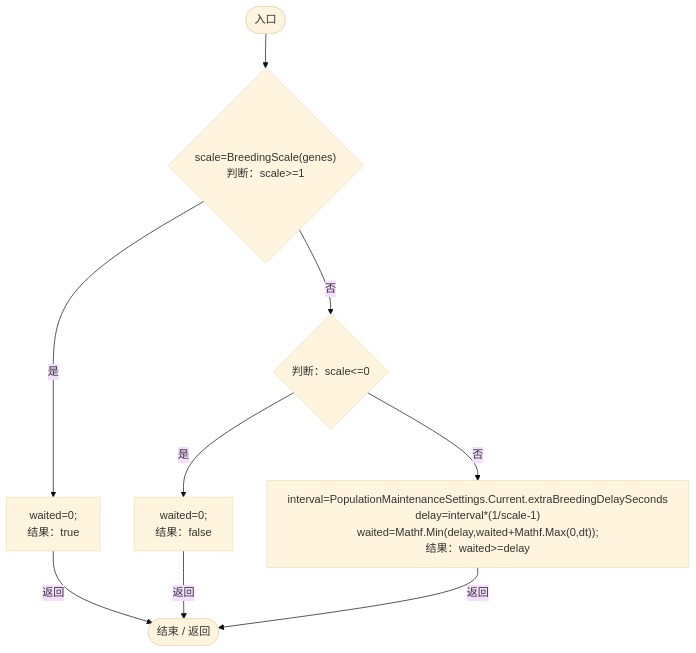
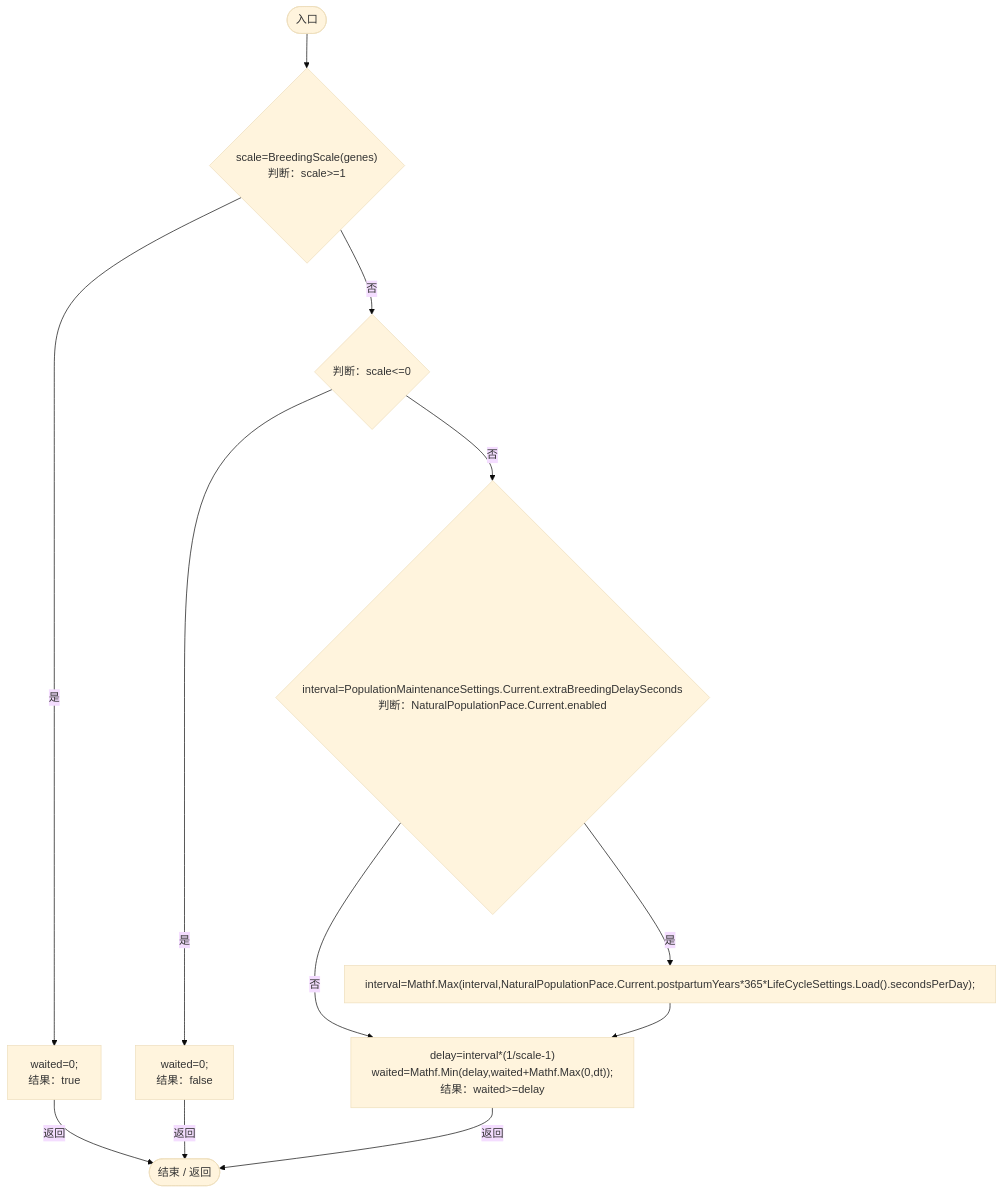
Before and after one commit to xhs6666/Darwin_paradise: diagram 24 of 36 in Docs/运行流程图/脚本/923ccc4e86c4786c.md, drawn with Mermaid (base theme). The commit also changed other lines of this file and 229 other files, not shown here.

````diff
--- a/Docs/运行流程图/脚本/923ccc4e86c4786c.md
+++ b/Docs/运行流程图/脚本/923ccc4e86c4786c.md
@@ -1087,19 +1087,24 @@
 ```mermaid
 flowchart TD
   b0(["入口"])
   b1{"scale=BreedingScale(genes)<br/>判断：scale&gt;=1"}
   b2["waited=0;<br/>结果：true"]
   b3{"判断：scale&lt;=0"}
   b4["waited=0;<br/>结果：false"]
-  b5["interval=PopulationMaintenanceSettings.Current.extraBreedingDelaySeconds<br/>delay=interval*(1/scale-1)<br/>waited=Mathf.Min(delay,waited+Mathf.Max(0,dt));<br/>结果：waited&gt;=delay"]
-  b6(["结束 / 返回"])
+  b5{"interval=PopulationMaintenanceSettings.Current.extraBreedingDelaySeconds<br/>判断：NaturalPopulationPace.Current.enabled"}
+  b6["interval=Mathf.Max(interval,NaturalPopulationPace.Current.postpartumYears*365*LifeCycleSettings.Load().secondsPerDay);"]
+  b7["delay=interval*(1/scale-1)<br/>waited=Mathf.Min(delay,waited+Mathf.Max(0,dt));<br/>结果：waited&gt;=delay"]
+  b8(["结束 / 返回"])
   b0 --> b1
   b1 -->|"是"| b2
   b1 -->|"否"| b3
-  b2 -->|"返回"| b6
+  b2 -->|"返回"| b8
   b3 -->|"是"| b4
   b3 -->|"否"| b5
-  b4 -->|"返回"| b6
-  b5 -->|"返回"| b6
+  b4 -->|"返回"| b8
+  b5 -->|"是"| b6
+  b5 -->|"否"| b7
+  b6 --> b7
+  b7 -->|"返回"| b8
 
 ```
````
